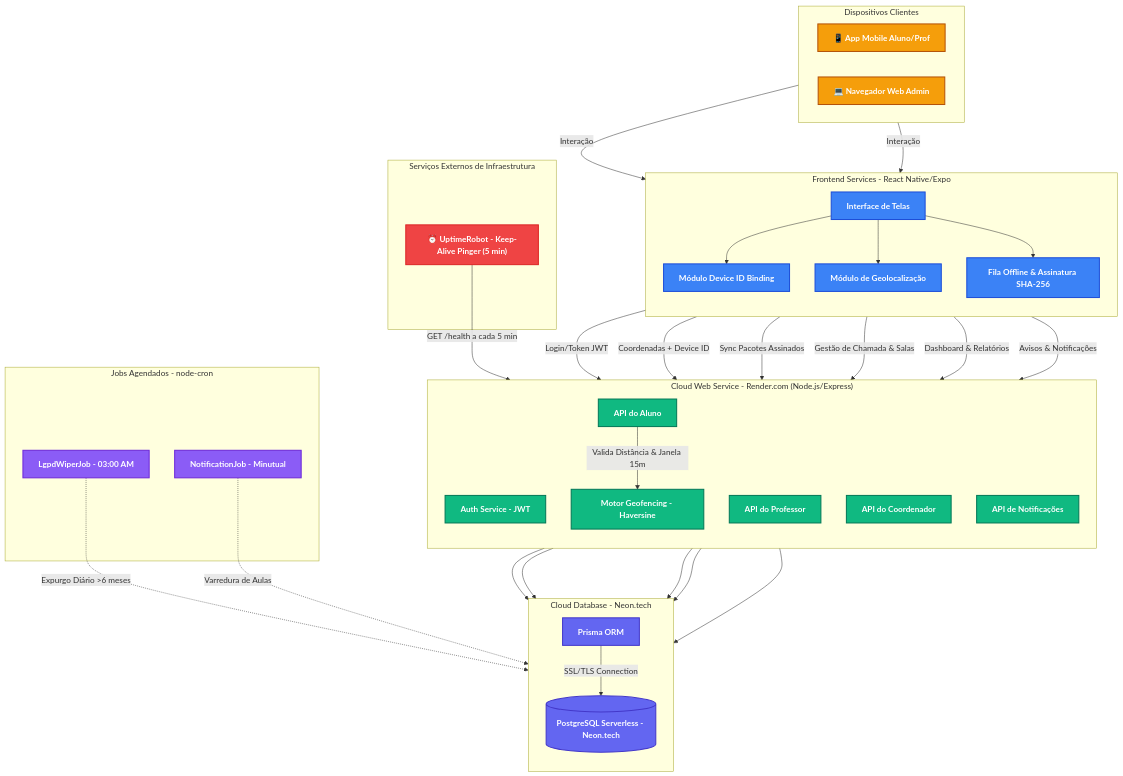
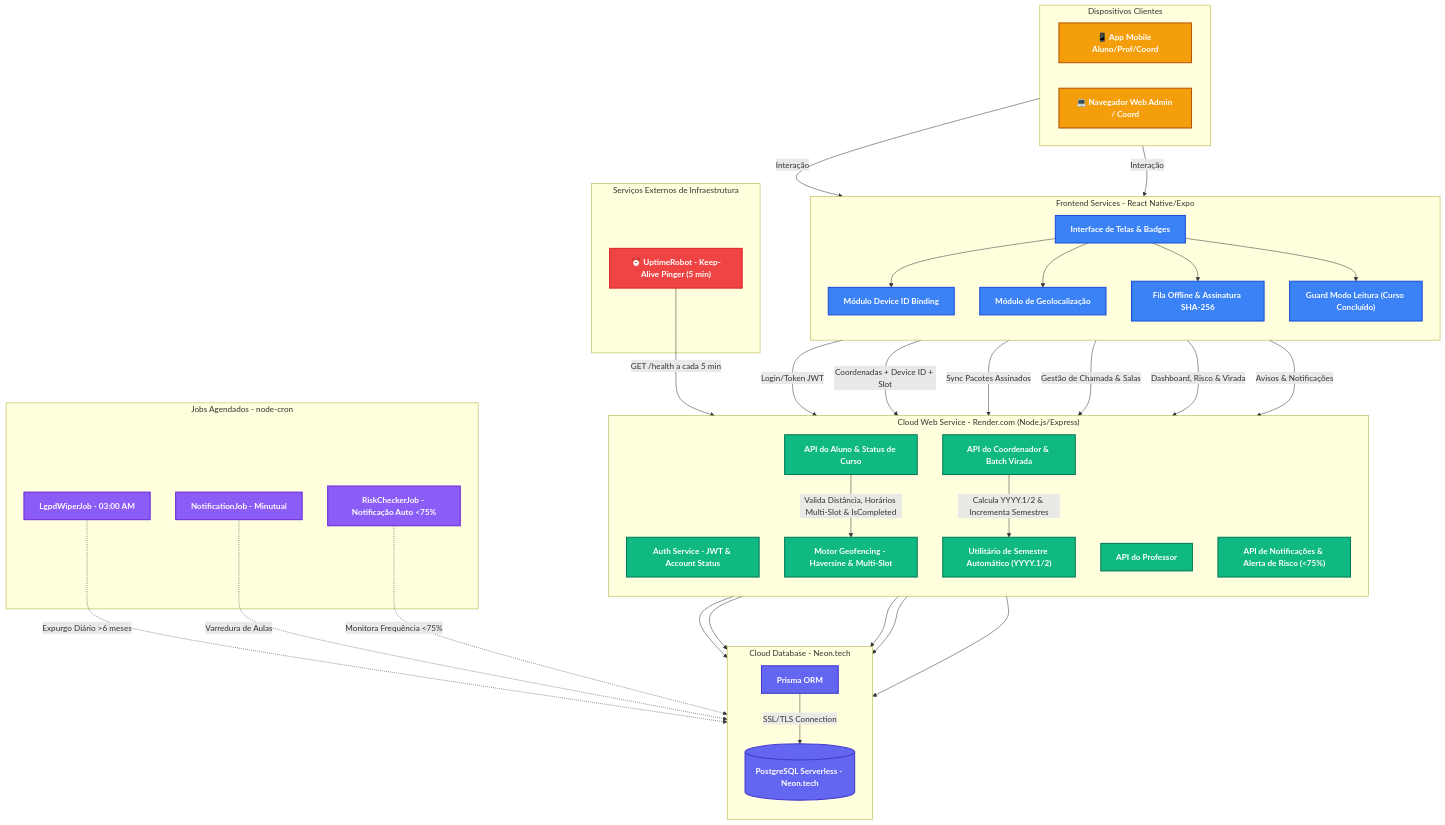
One commit to caneschi-lais/geoclass changed the diagram in documentacao/diagramas/arquitetura.md. Above: the diagram before and after it, drawn with Mermaid. The commit also changed other lines of this file and 23 other files, not shown here.

Commit message:
feat: add support for academic semesters, multi-course tracking, and slot-based attendance

````diff
--- a/documentacao/diagramas/arquitetura.md
+++ b/documentacao/diagramas/arquitetura.md
@@ -22,31 +22,34 @@
 
     subgraph Clients ["Dispositivos Clientes"]
         direction LR
-        Mobile["📱 App Mobile Aluno/Prof"]:::client
-        Web["💻 Navegador Web Admin"]:::client
+        Mobile["📱 App Mobile Aluno/Prof/Coord"]:::client
+        Web["💻 Navegador Web Admin / Coord"]:::client
     end
 
     subgraph Frontend ["Frontend Services - React Native/Expo"]
         direction TB
-        UI["Interface de Telas"]:::frontend
+        UI["Interface de Telas & Badges"]:::frontend
         Device["Módulo Device ID Binding"]:::frontend
         GPS["Módulo de Geolocalização"]:::frontend
         OfflineQ["Fila Offline & Assinatura SHA-256"]:::frontend
+        ReadOnlyGuard["Guard Modo Leitura (Curso Concluído)"]:::frontend
     end
 
     subgraph Backend ["Cloud Web Service - Render.com (Node.js/Express)"]
         direction TB
-        Auth["Auth Service - JWT"]:::backend
-        GeoEngine["Motor Geofencing - Haversine"]:::backend
-        StudentAPI["API do Aluno"]:::backend
+        Auth["Auth Service - JWT & Account Status"]:::backend
+        GeoEngine["Motor Geofencing - Haversine & Multi-Slot"]:::backend
+        StudentAPI["API do Aluno & Status de Curso"]:::backend
         ProfAPI["API do Professor"]:::backend
-        CoordAPI["API do Coordenador"]:::backend
-        NotifAPI["API de Notificações"]:::backend
+        CoordAPI["API do Coordenador & Batch Virada"]:::backend
+        NotifAPI["API de Notificações & Alerta de Risco (<75%)"]:::backend
+        SemUtil["Utilitário de Semestre Automático (YYYY.1/2)"]:::backend
     end
 
     subgraph Background ["Jobs Agendados - node-cron"]
         CronLGPD["LgpdWiperJob - 03:00 AM"]:::job
         CronNotif["NotificationJob - Minutual"]:::job
+        RiskJob["RiskCheckerJob - Notificação Auto <75%"]:::job
     end
 
     subgraph Persistence ["Cloud Database - Neon.tech"]
@@ -66,17 +69,19 @@
     UI --> Device
     UI --> GPS
     UI --> OfflineQ
+    UI --> ReadOnlyGuard
 
     %% Comunicação Frontend -> Render API
     UI -->|Login/Token JWT| Auth
-    GPS -->|Coordenadas + Device ID| StudentAPI
+    GPS -->|Coordenadas + Device ID + Slot| StudentAPI
     OfflineQ -->|Sync Pacotes Assinados| StudentAPI
     UI -->|Gestão de Chamada & Salas| ProfAPI
-    UI -->|Dashboard & Relatórios| CoordAPI
+    UI -->|Dashboard, Risco & Virada| CoordAPI
     UI -->|Avisos & Notificações| NotifAPI
 
     %% Fluxos Internos do Backend
-    StudentAPI -->|Valida Distância & Janela 15m| GeoEngine
+    StudentAPI -->|Valida Distância, Horários Multi-Slot & IsCompleted| GeoEngine
+    CoordAPI -->|Calcula YYYY.1/2 & Incrementa Semestres| SemUtil
     Auth --> ORM
     StudentAPI --> ORM
     ProfAPI --> ORM
@@ -89,4 +94,5 @@
     %% Jobs Background
     CronLGPD -.->|Expurgo Diário >6 meses| DB
     CronNotif -.->|Varredura de Aulas| DB
+    RiskJob -.->|Monitora Frequência <75%| DB
 ```
````
